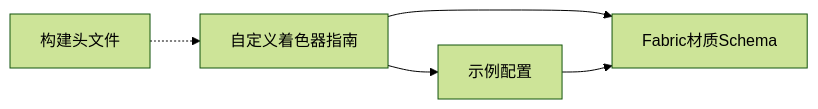
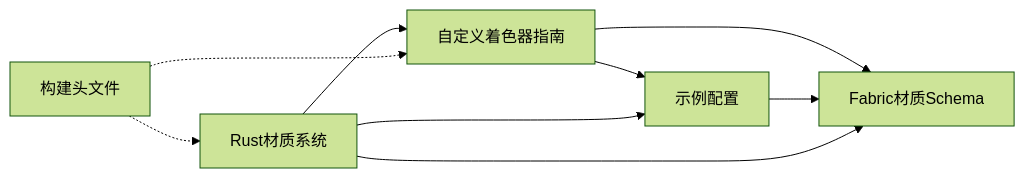
Before and after one commit to rzhangjing/cesium: the third of 3 diagrams in .qoder/repowiki/zh/content/项目概述/核心特性/3D渲染引擎/着色器系统.md, drawn with Mermaid (forest theme). The commit also changed other lines of this file and 52 other files, not shown here.

````diff
--- a/.qoder/repowiki/zh/content/项目概述/核心特性/3D渲染引擎/着色器系统.md
+++ b/.qoder/repowiki/zh/content/项目概述/核心特性/3D渲染引擎/着色器系统.md
@@ -144,7 +184,11 @@
 ```mermaid
 graph LR
 Guide["自定义着色器指南"] --> Schema["Fabric材质Schema"]
 Guide --> Examples["示例配置"]
 Examples --> Schema
+RustSystem["Rust材质系统"] --> Guide
+RustSystem --> Schema
+RustSystem --> Examples
 BuildHead["构建头文件"] -.-> Guide
+BuildHead -.-> RustSystem
 ```
````
